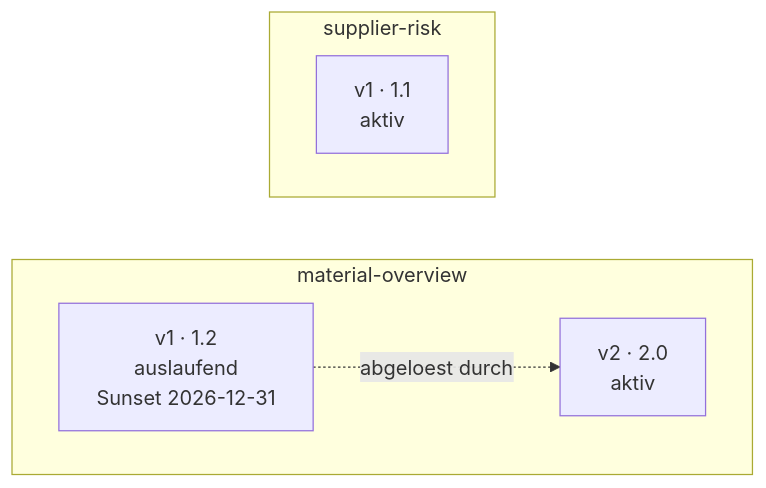
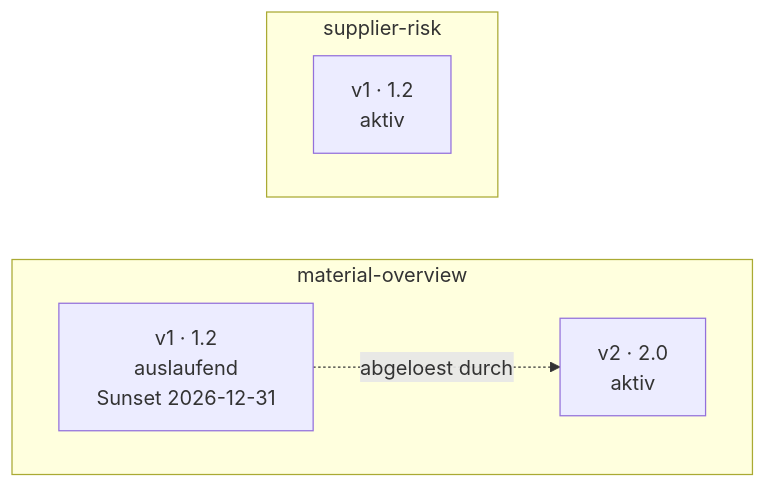
One commit to PlongoDongo/material_management_dashboard changed the second of 3 diagrams in docs/architecture.md. Above: the diagram before and after it, drawn with Mermaid. The commit also changed other lines of this file and 28 other files, not shown here.

````diff
--- a/docs/architecture.md
+++ b/docs/architecture.md
@@ -59,13 +59,13 @@
 ```mermaid
 flowchart LR
   subgraph f_material_overview["material-overview"]
     direction LR
     v_material_overview_1["v1 · 1.2<br/>auslaufend<br/>Sunset 2026-12-31"]
     v_material_overview_2["v2 · 2.0<br/>aktiv"]
     v_material_overview_1 -.->|abgeloest durch| v_material_overview_2
   end
   subgraph f_supplier_risk["supplier-risk"]
     direction LR
-    v_supplier_risk_1["v1 · 1.1<br/>aktiv"]
+    v_supplier_risk_1["v1 · 1.2<br/>aktiv"]
   end
 ```
````
